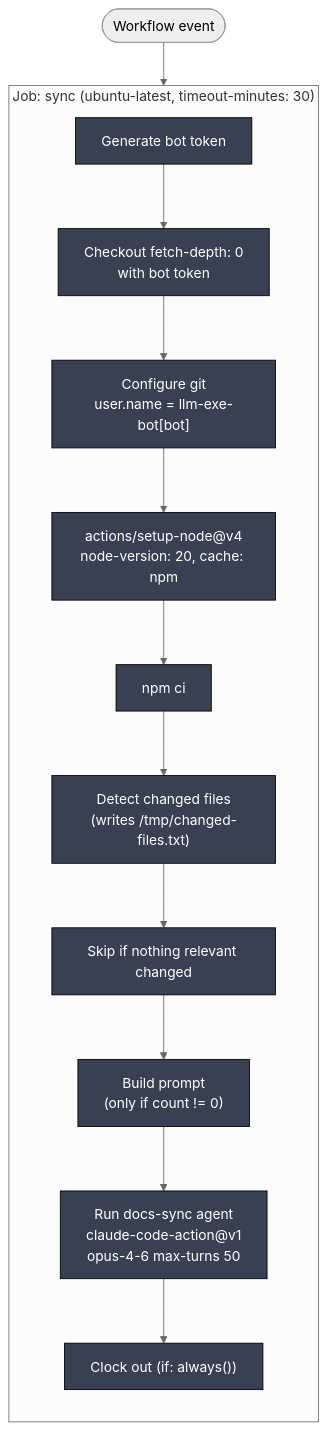
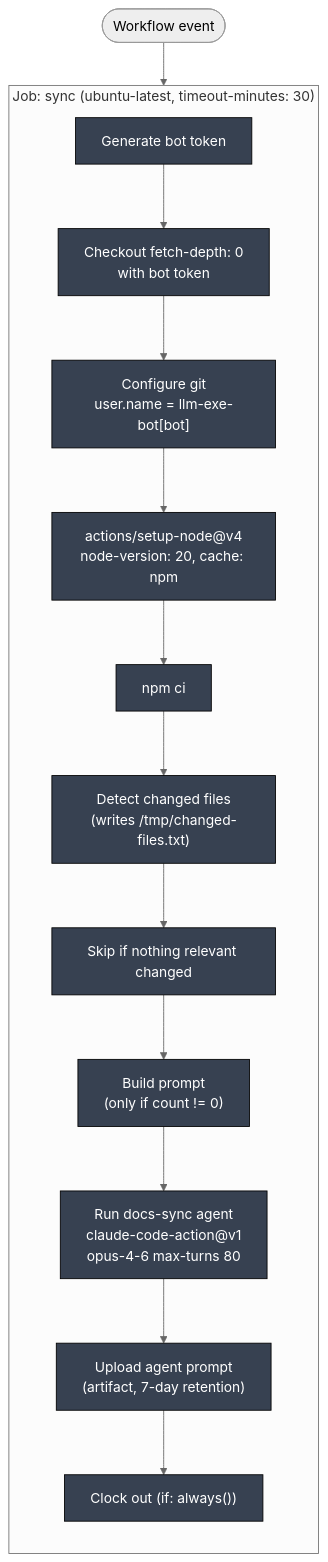
One commit to gregreindel/llm-exe changed the fifth of 16 diagrams in .github/docs/DOCS_SYNC_DEEP_DIVE.md. Above: the diagram before and after it, drawn with Mermaid (neutral theme). The commit also changed other lines of this file and 4 other files, not shown here.

Commit message:
docs: sync deep dives after agent-review-pr and docs-sync workflow changes

````diff
--- a/.github/docs/DOCS_SYNC_DEEP_DIVE.md
+++ b/.github/docs/DOCS_SYNC_DEEP_DIVE.md
@@ -199,23 +191,24 @@
 ```mermaid
 flowchart TB
     classDef job fill:#1e3a8a,color:#fff,stroke:#000
     classDef step fill:#374151,color:#fff,stroke:#000
 
     start([Workflow event])
     start --> J1
 
     subgraph J1["Job: sync (ubuntu-latest, timeout-minutes: 30)"]
         direction TB
         r1["Generate bot token"]:::step
         r2["Checkout fetch-depth: 0\nwith bot token"]:::step
         r3["Configure git\nuser.name = llm-exe-bot[bot]"]:::step
         r4["actions/setup-node@v4\nnode-version: 20, cache: npm"]:::step
         r5["npm ci"]:::step
         r6["Detect changed files\n(writes /tmp/changed-files.txt)"]:::step
         r7["Skip if nothing relevant changed"]:::step
         r8["Build prompt\n(only if count != 0)"]:::step
-        r9["Run docs-sync agent\nclaude-code-action@v1\nopus-4-6 max-turns 50"]:::step
-        r10["Clock out (if: always())"]:::step
-        r1 --> r2 --> r3 --> r4 --> r5 --> r6 --> r7 --> r8 --> r9 --> r10
+        r9["Run docs-sync agent\nclaude-code-action@v1\nopus-4-6 max-turns 80"]:::step
+        r10["Upload agent prompt\n(artifact, 7-day retention)"]:::step
+        r11["Clock out (if: always())"]:::step
+        r1 --> r2 --> r3 --> r4 --> r5 --> r6 --> r7 --> r8 --> r9 --> r10 --> r11
     end
 ```
````
